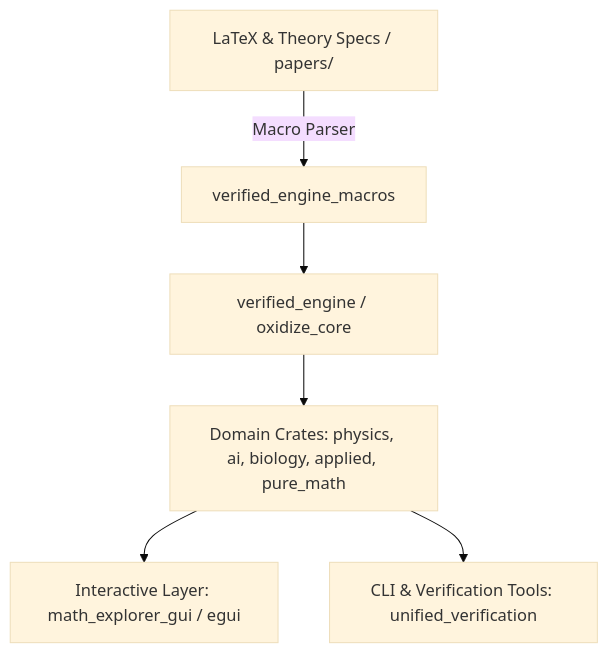
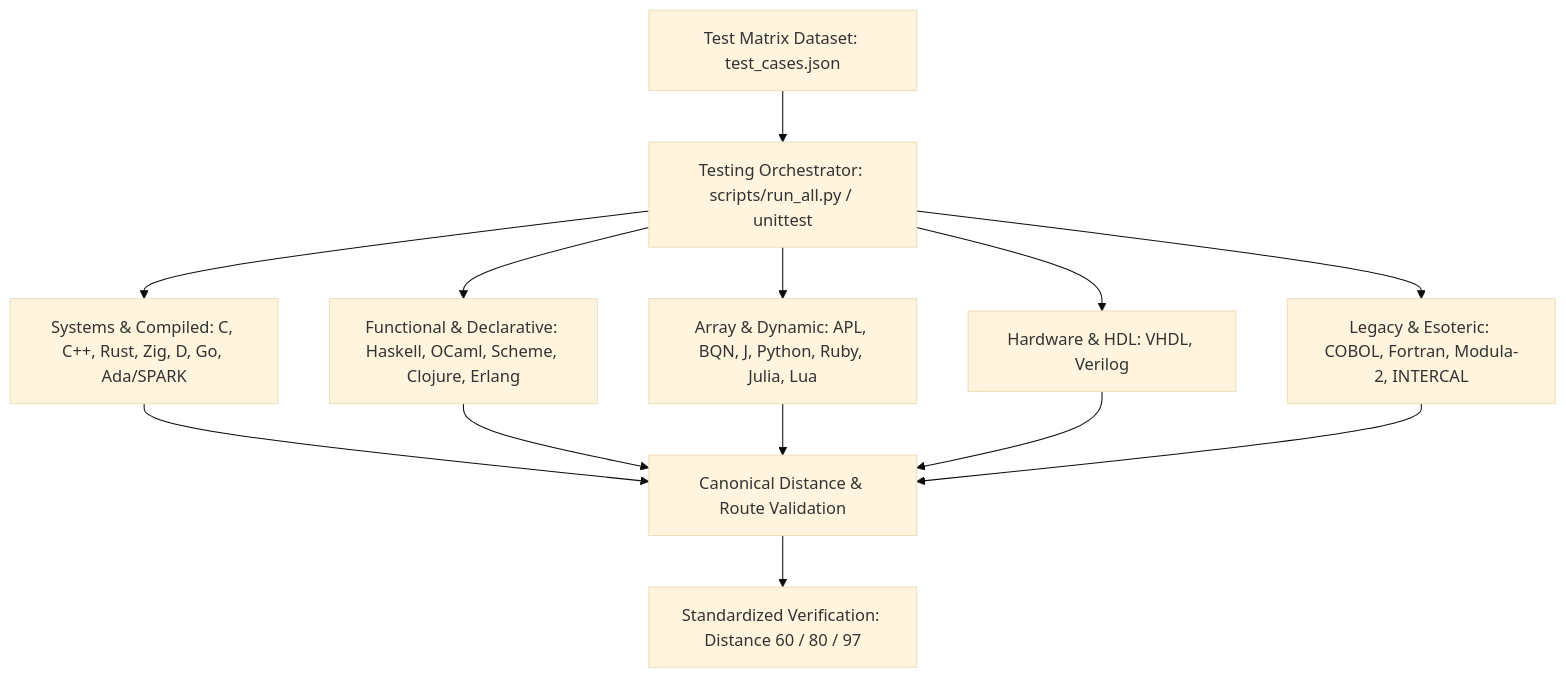
One commit to fderuiter/portfolio changed the first of 3 diagrams in CASE_STUDY.md. Above: the diagram before and after it, drawn with Mermaid (base theme). The commit also changed other lines of this file and 3 other files, not shown here.

````diff
--- a/CASE_STUDY.md
+++ b/CASE_STUDY.md
@@ -47,8 +65,15 @@
 ```mermaid
-graph TD
-    A[LaTeX & Theory Specs / papers/] -->|Macro Parser| B[verified_engine_macros]
-    B --> C[verified_engine / oxidize_core]
-    C --> D[Domain Crates: physics, ai, biology, applied, pure_math]
-    D --> E[Interactive Layer: math_explorer_gui / egui]
-    D --> F[CLI & Verification Tools: unified_verification]
+flowchart TD
+    A[Test Matrix Dataset: test_cases.json] --> B[Testing Orchestrator: scripts/run_all.py / unittest]
+    B --> C[Systems & Compiled: C, C++, Rust, Zig, D, Go, Ada/SPARK]
+    B --> D[Functional & Declarative: Haskell, OCaml, Scheme, Clojure, Erlang]
+    B --> E[Array & Dynamic: APL, BQN, J, Python, Ruby, Julia, Lua]
+    B --> F[Hardware & HDL: VHDL, Verilog]
+    B --> G[Legacy & Esoteric: COBOL, Fortran, Modula-2, INTERCAL]
+    C --> H[Canonical Distance & Route Validation]
+    D --> H
+    E --> H
+    F --> H
+    G --> H
+    H --> I[Standardized Verification: Distance 60 / 80 / 97]
 ```
````
